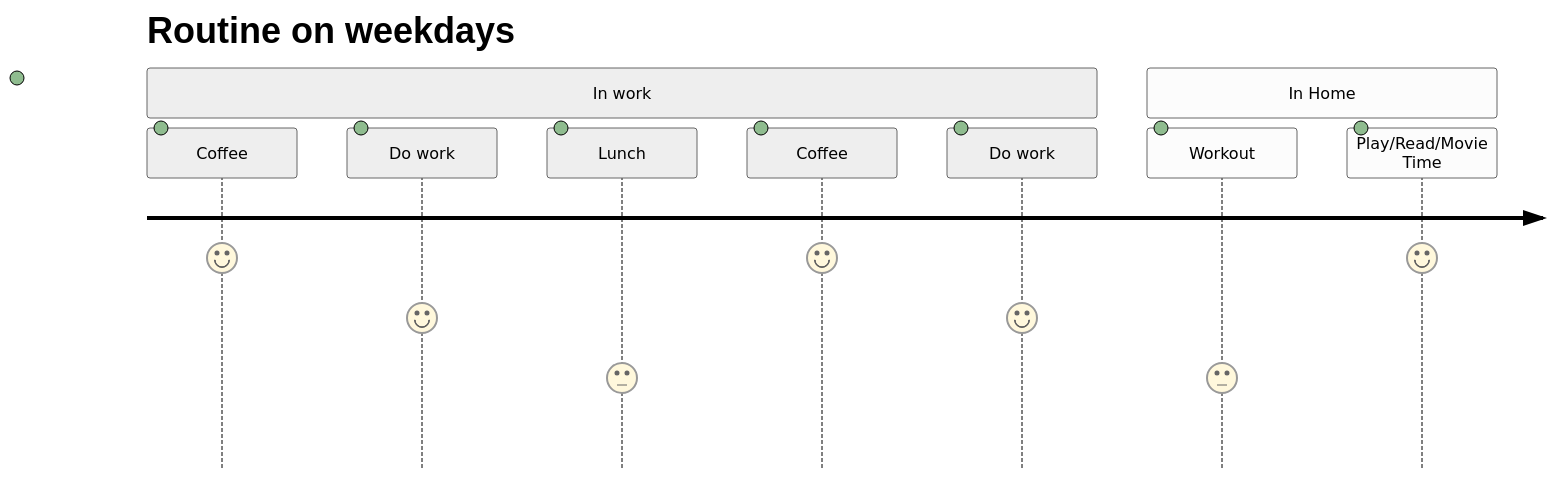
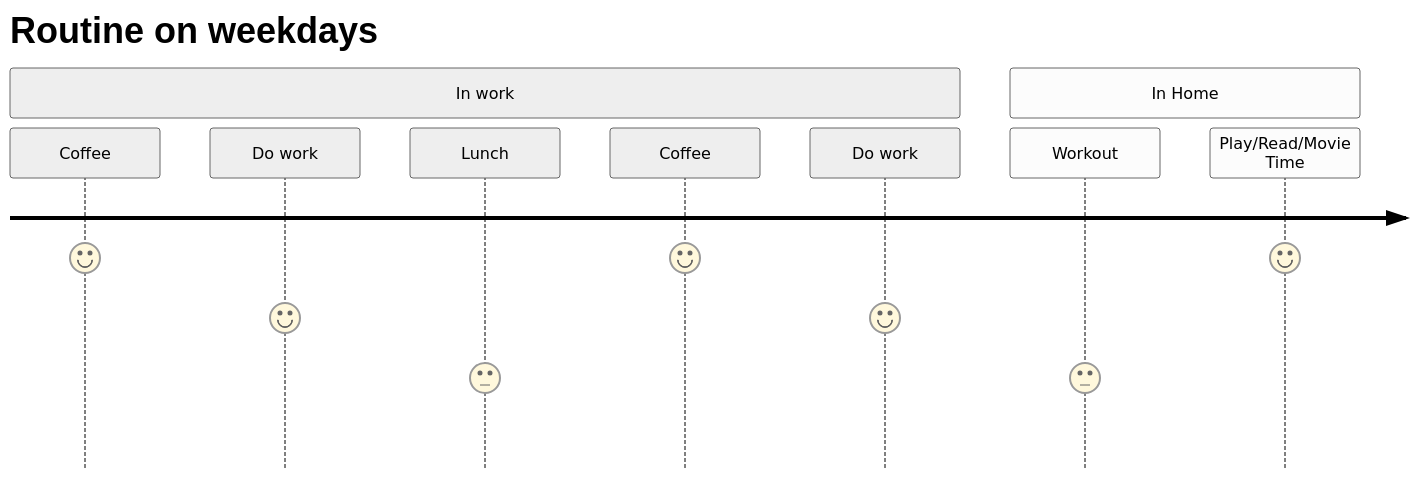
Before and after one commit to RenanSimoesBR/RenanSimoesBR: the diagram in README.md, drawn with Mermaid (neutral theme).

````diff
--- a/README.md
+++ b/README.md
@@ -16,13 +16,13 @@
 ```mermaid
 journey
     title Routine on weekdays
     section In work
-      Coffee: 7:
-      Do work: 5: 
-      Lunch: 3:
-      Coffee: 7:
-      Do work: 5:
+      Coffee: 7
+      Do work: 5
+      Lunch: 3
+      Coffee: 7
+      Do work: 5
     section In Home
-      Workout: 3:
-      Play/Read/Movie Time: 7:
+      Workout: 3
+      Play/Read/Movie Time: 7
 ```
````
